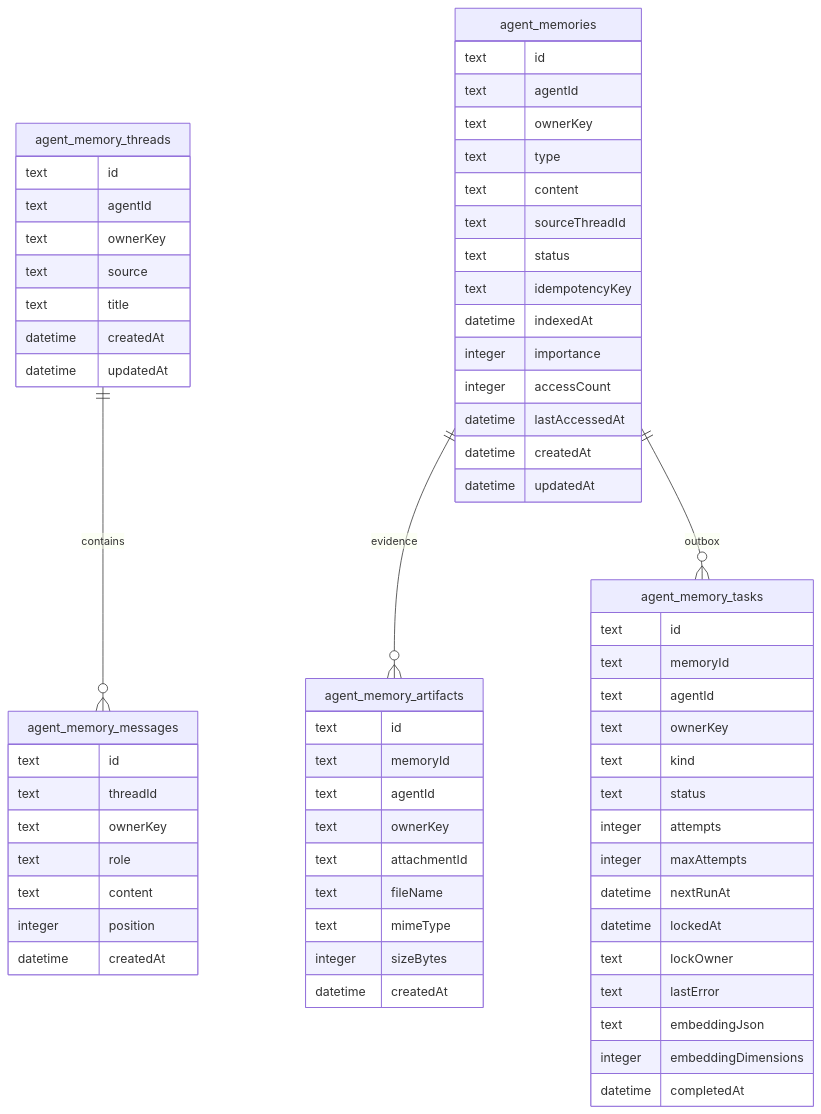
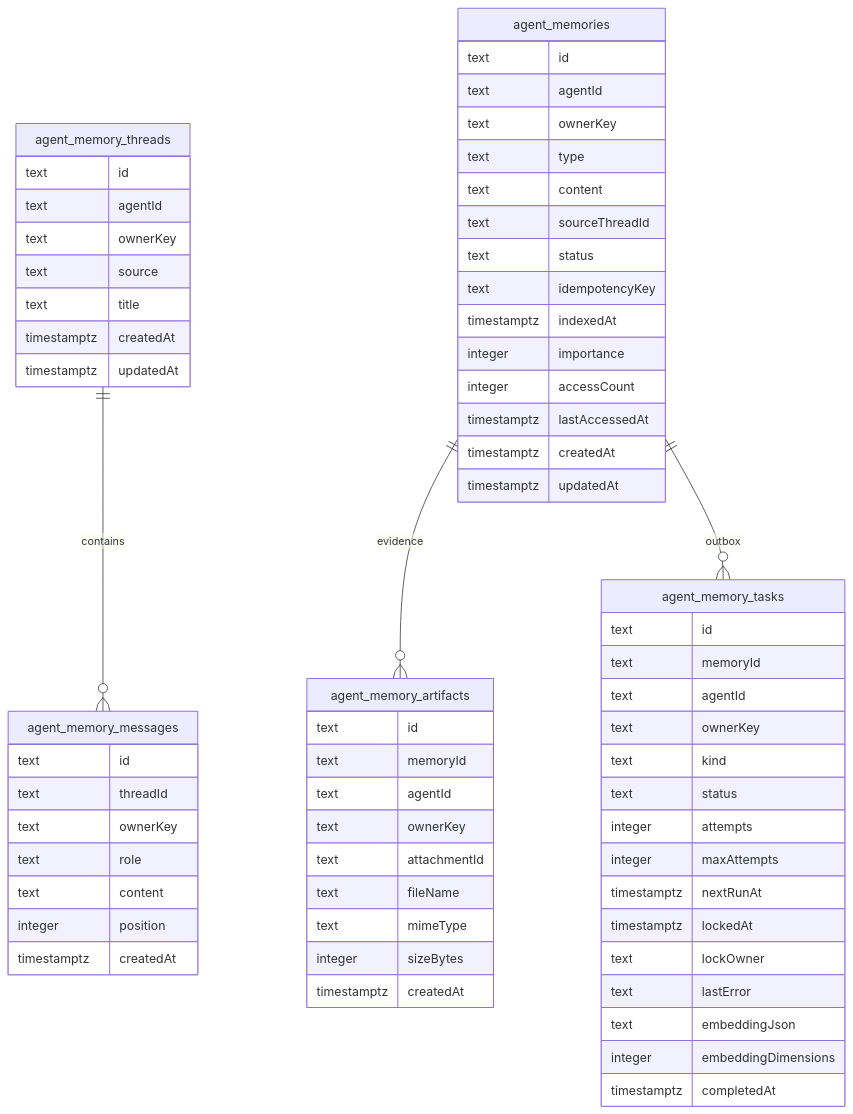
One commit to yiting001/agent changed the second of 3 diagrams in docs/modules/agent-memory.md. Above: the diagram before and after it, drawn with Mermaid. The commit also changed other lines of this file and 97 other files, not shown here.

````diff
--- a/docs/modules/agent-memory.md
+++ b/docs/modules/agent-memory.md
@@ -115,73 +116,73 @@
 ```mermaid
 erDiagram
   agent_memory_threads ||--o{ agent_memory_messages : contains
   agent_memories ||--o{ agent_memory_artifacts : evidence
   agent_memories ||--o{ agent_memory_tasks : outbox
 
   agent_memory_threads {
     text id
     text agentId
     text ownerKey
     text source
     text title
-    datetime createdAt
-    datetime updatedAt
+    timestamptz createdAt
+    timestamptz updatedAt
   }
 
   agent_memory_messages {
     text id
     text threadId
     text ownerKey
     text role
     text content
     integer position
-    datetime createdAt
+    timestamptz createdAt
   }
 
   agent_memories {
     text id
     text agentId
     text ownerKey
     text type
     text content
     text sourceThreadId
     text status
     text idempotencyKey
-    datetime indexedAt
+    timestamptz indexedAt
     integer importance
     integer accessCount
-    datetime lastAccessedAt
-    datetime createdAt
-    datetime updatedAt
+    timestamptz lastAccessedAt
+    timestamptz createdAt
+    timestamptz updatedAt
   }
 
   agent_memory_artifacts {
     text id
     text memoryId
     text agentId
     text ownerKey
     text attachmentId
     text fileName
     text mimeType
     integer sizeBytes
-    datetime createdAt
+    timestamptz createdAt
   }
 
   agent_memory_tasks {
     text id
     text memoryId
     text agentId
     text ownerKey
     text kind
     text status
     integer attempts
     integer maxAttempts
-    datetime nextRunAt
-    datetime lockedAt
+    timestamptz nextRunAt
+    timestamptz lockedAt
     text lockOwner
     text lastError
     text embeddingJson
     integer embeddingDimensions
-    datetime completedAt
+    timestamptz completedAt
   }
 ```
````
